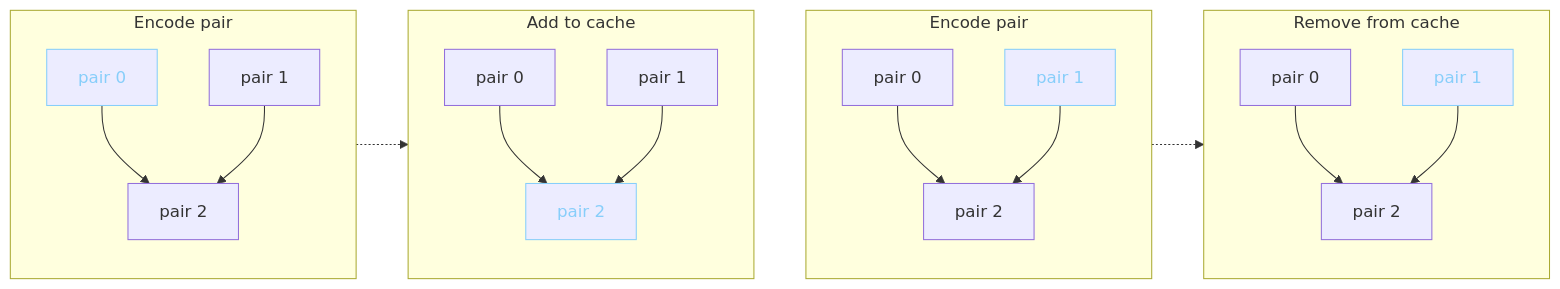
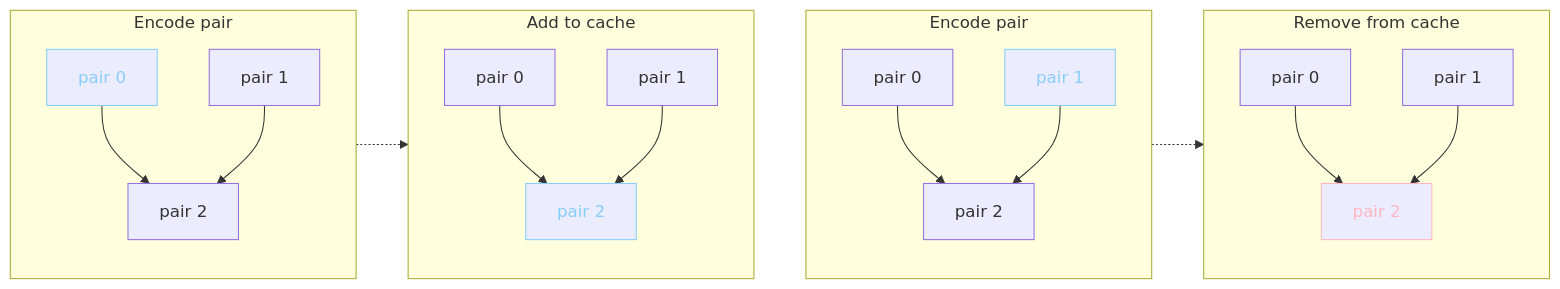
The diagram in slides/papers/stak-scheme/merge.mmd (raviqqe/doc), drawn with Mermaid before and after one commit.

```diff
--- a/slides/papers/stak-scheme/merge.mmd
+++ b/slides/papers/stak-scheme/merge.mmd
@@ -1,37 +1,37 @@
 flowchart LR
   subgraph s0[Encode pair]
     direction TB
 
     c0[pair 0]:::current --> c2[pair 2]
     c1[pair 1] --> c2
   end
 
   s0 -.-> s1
 
   subgraph s1[Add to cache]
     direction TB
 
     c3[pair 0] --> c5[pair 2]:::current
     c4[pair 1] --> c5
   end
 
   s1 ~~~ s2
 
   subgraph s2[Encode pair]
     direction TB
 
     c6[pair 0] --> c8[pair 2]
     c7[pair 1]:::current --> c8
   end
 
   s2 -.-> s3
 
   subgraph s3[Remove from cache]
     direction TB
 
-    c9[pair 0] --> c11[pair 2]
-    c10[pair 1]:::current --> c11
+    c9[pair 0] --> c11[pair 2]:::remove
+    c10[pair 1] --> c11
   end
 
  classDef current color:lightskyblue,stroke:lightskyblue
  classDef remove color:lightpink,stroke:lightpink
```
